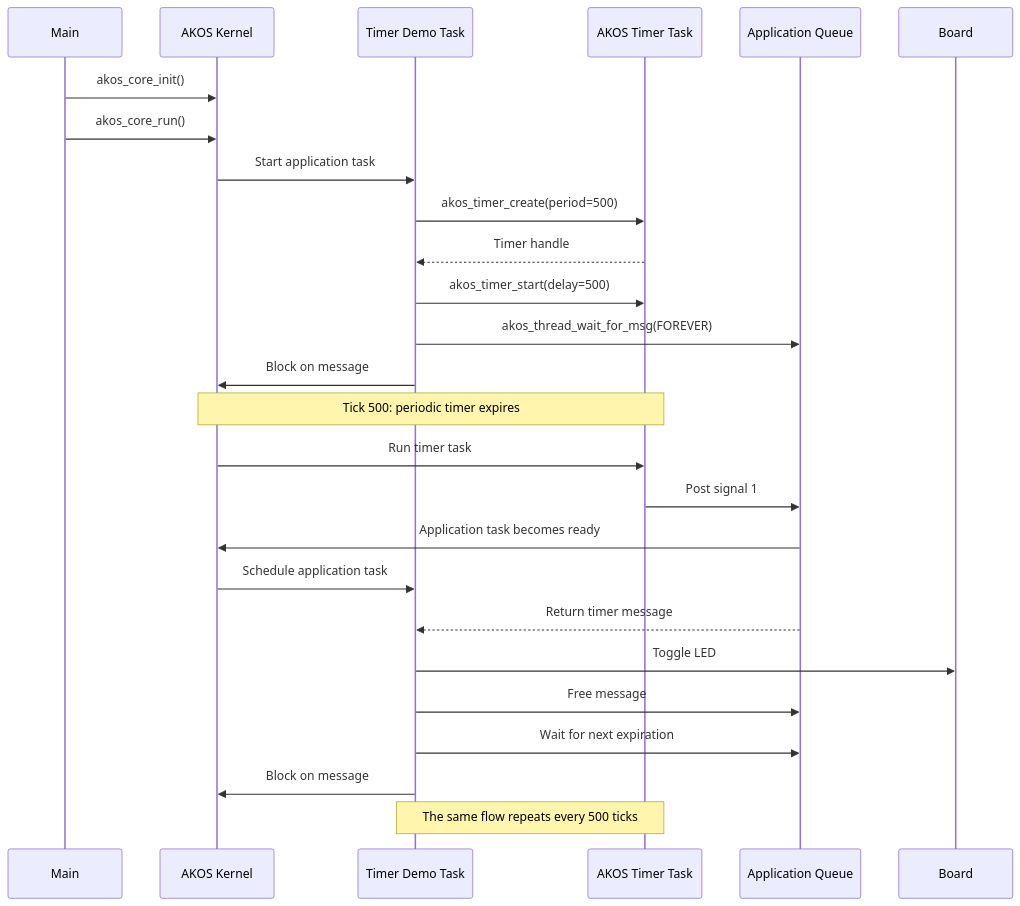
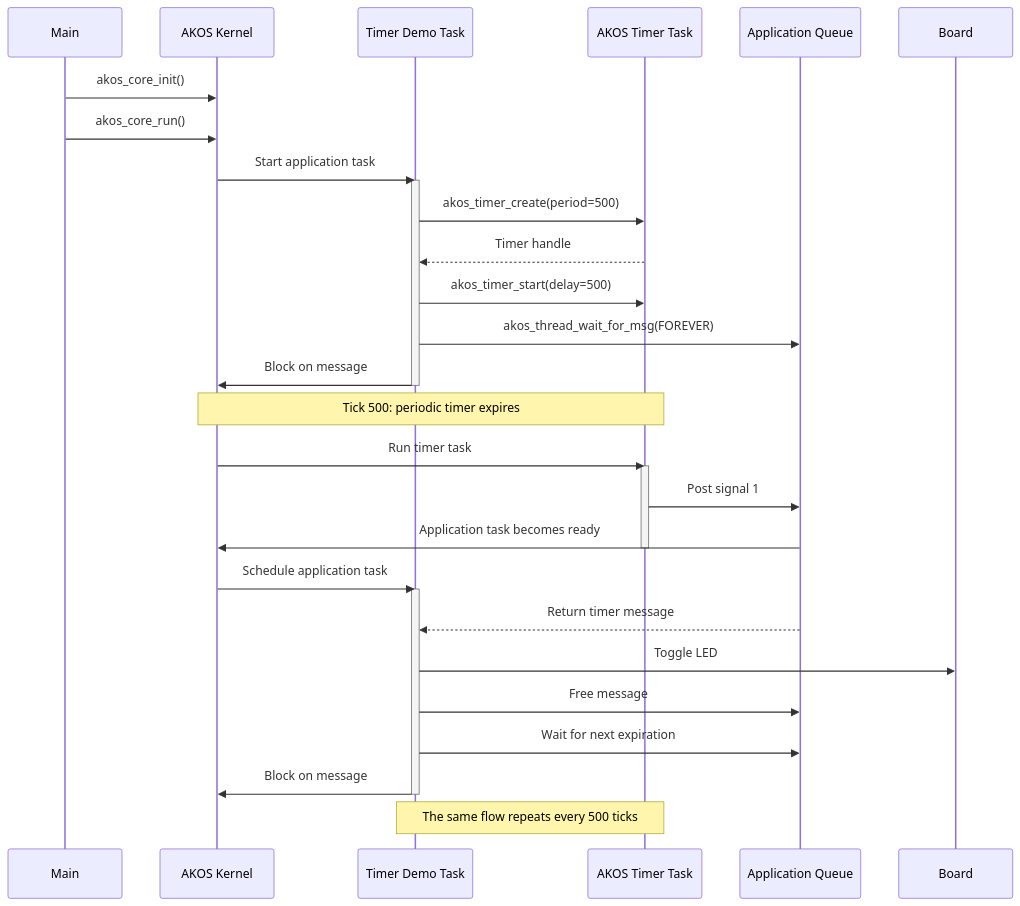
Before and after one commit to the-ak-foundation/akos: the diagram in examples/timer/README.md, drawn with Mermaid. The commit also changed other lines of this file and 3 other files, not shown here.

Commit message:
[UPDATE] update sequence diagrams

````diff
--- a/examples/timer/README.md
+++ b/examples/timer/README.md
@@ -6,32 +7,38 @@
 ```mermaid
 sequenceDiagram
     participant Main
     participant Kernel as AKOS Kernel
     participant App as Timer Demo Task
     participant Timer as AKOS Timer Task
     participant Queue as Application Queue
     participant Board
 
     Main->>Kernel: akos_core_init()
     Main->>Kernel: akos_core_run()
 
     Kernel->>App: Start application task
+    activate App
     App->>Timer: akos_timer_create(period=500)
     Timer-->>App: Timer handle
     App->>Timer: akos_timer_start(delay=500)
     App->>Queue: akos_thread_wait_for_msg(FOREVER)
     App->>Kernel: Block on message
+    deactivate App
 
     Note over Kernel,Timer: Tick 500: periodic timer expires
     Kernel->>Timer: Run timer task
+    activate Timer
     Timer->>Queue: Post signal 1
     Queue->>Kernel: Application task becomes ready
+    deactivate Timer
     Kernel->>App: Schedule application task
+    activate App
     Queue-->>App: Return timer message
     App->>Board: Toggle LED
     App->>Queue: Free message
     App->>Queue: Wait for next expiration
     App->>Kernel: Block on message
+    deactivate App
 
     Note over Timer,App: The same flow repeats every 500 ticks
 ```
````
